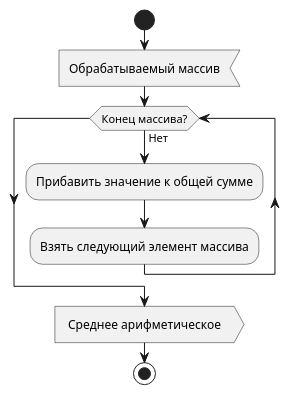
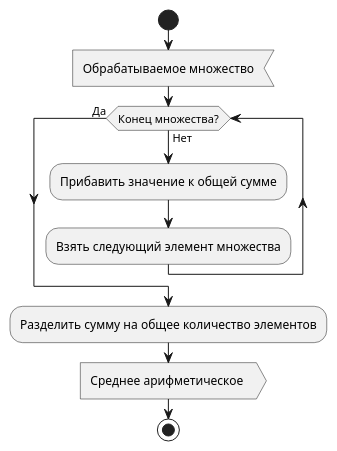
The diagram in Scenarios/4.1. Average Number.puml (YA-NDT/IC-ADSC-TD), drawn with PlantUML before and after one commit. The commit also changed 1 other file, not shown here.

```diff
--- a/Scenarios/4.1. Average Number.puml
+++ b/Scenarios/4.1. Average Number.puml
@@ -1,12 +1,13 @@
 @startuml
 start
-    :Обрабатываемый массив<
+    :Обрабатываемое множество<
 
-    while (Конец массива?) is (Нет)
+    while (Конец множества?) is (Нет)
         :Прибавить значение к общей сумме;
-        :Взять следующий элемент массива;
-    endwhile
+        :Взять следующий элемент множества;
+    endwhile (Да)
     
-    : Среднее арифметическое >
+    :Разделить сумму на общее количество элементов;
+    :Среднее арифметическое >
 stop
 @enduml
```
